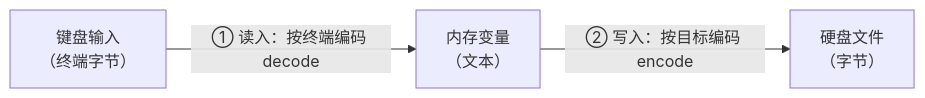
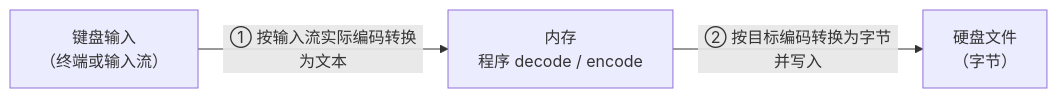
Before and after one commit to TomorrowLM/lm-document: the second of 6 diagrams in agent/agent.md, drawn with Mermaid. The commit also changed other lines of this file and 1 other file, not shown here.

````diff
--- a/agent/agent.md
+++ b/agent/agent.md
@@ -120,9 +163,9 @@
 ```mermaid
 flowchart LR
-    K["键盘输入<br/>（终端字节）"]
-    M2["内存变量<br/>（文本）"]
+    K["键盘输入<br/>（终端或输入流）"]
+    M2["内存<br/>程序 decode / encode"]
     F2["硬盘文件<br/>（字节）"]
 
-    K -->|"① 读入：按终端编码 decode"| M2
-    M2 -->|"② 写入：按目标编码 encode"| F2
+    K -->|"① 按输入流实际编码转换为文本"| M2
+    M2 -->|"② 按目标编码转换为字节并写入"| F2
 ```
````
